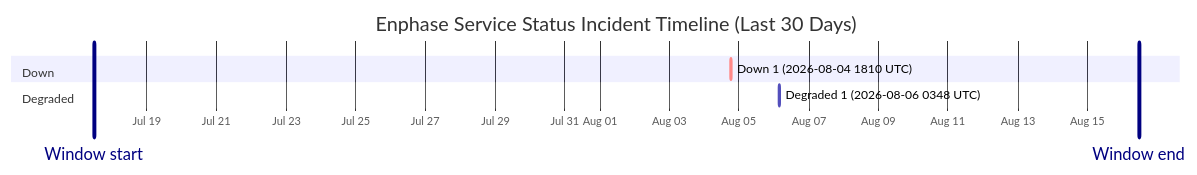
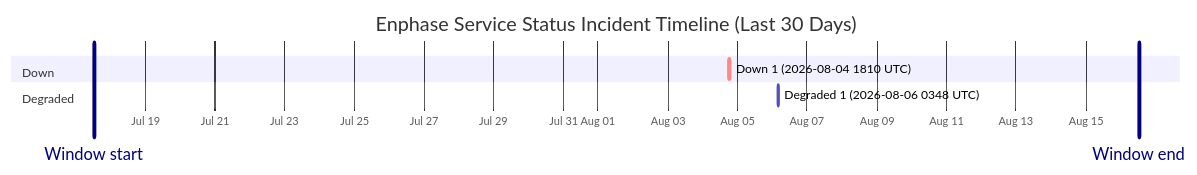
Before and after one commit to barneyonline/ha-enphase-energy: the diagram in wiki/Service-Status-History.md, drawn with Mermaid. The commit also changed other lines of this file and 3 other files, not shown here.

````diff
--- a/wiki/Service-Status-History.md
+++ b/wiki/Service-Status-History.md
@@ -14,12 +14,12 @@
 ```mermaid
 gantt
     title Enphase Service Status Incident Timeline (Last 30 Days)
     dateFormat  YYYY-MM-DDTHH:mm:ss
     axisFormat  %b %d
-    Window start :vert, window-start, 2026-07-17T11:44:11, 0ms
-    Window end :vert, window-end, 2026-08-16T11:44:11, 0ms
+    Window start :vert, window-start, 2026-07-17T12:34:53, 0ms
+    Window end :vert, window-end, 2026-08-16T12:34:53, 0ms
     section Down
     Down 1 (2026-08-04 1810 UTC) :crit, down-1, 2026-08-04T18:10:46, 60m
     section Degraded
     Degraded 1 (2026-08-06 0348 UTC) :active, degraded-1, 2026-08-06T03:48:14, 60m
 ```
````
